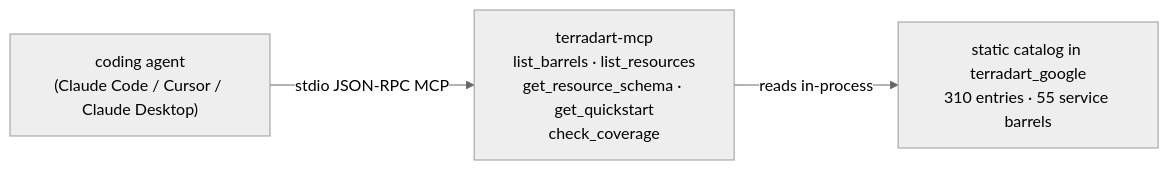
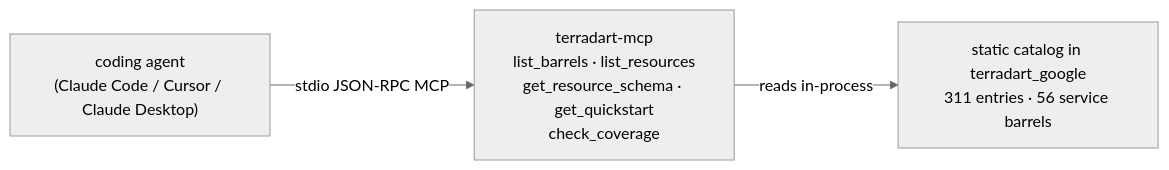
Before and after one commit to nozomi-koborinai/terradart: the diagram in website/src/content/docs/docs/agent/index.md, drawn with Mermaid (neutral theme). The commit also changed other lines of this file and 23 other files, not shown here.

````diff
--- a/website/src/content/docs/docs/agent/index.md
+++ b/website/src/content/docs/docs/agent/index.md
@@ -12,8 +12,8 @@
 ```mermaid
 graph LR
   agent["coding agent<br/>(Claude Code / Cursor / Claude Desktop)"]
   mcp["terradart-mcp<br/>list_barrels · list_resources<br/>get_resource_schema · get_quickstart<br/>check_coverage"]
-  catalog["static catalog in terradart_google<br/>310 entries · 55 service barrels"]
+  catalog["static catalog in terradart_google<br/>311 entries · 56 service barrels"]
   agent -->|stdio JSON-RPC MCP| mcp
   mcp -->|reads in-process| catalog
 ```
````
